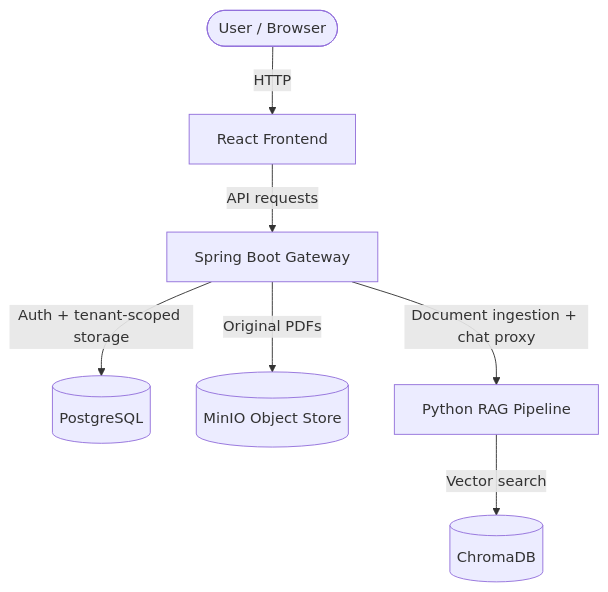
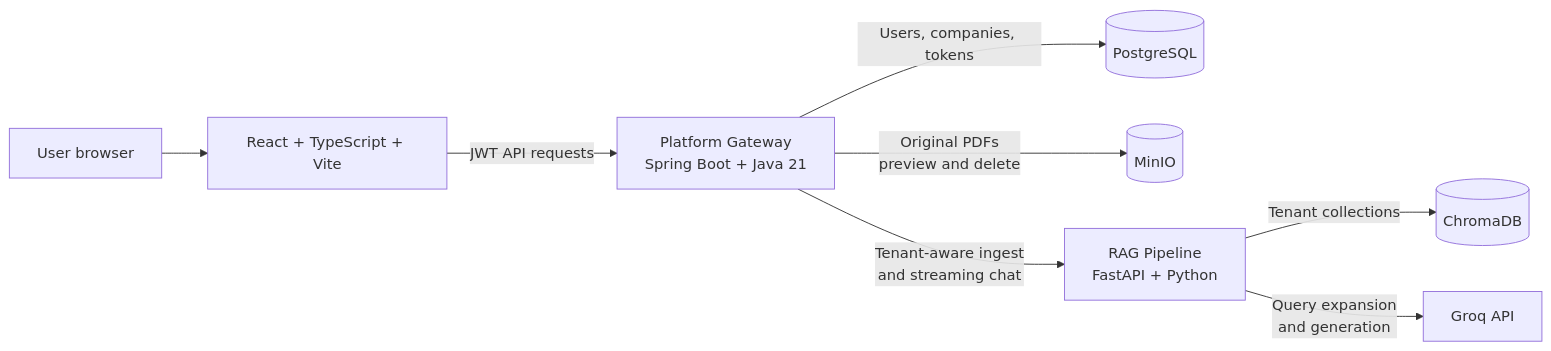
One commit to eayzaid/DokuMind changed the first of 2 diagrams in README.md. Above: the diagram before and after it, drawn with Mermaid. The commit also changed other lines of this file and 3 other files, not shown here.

````diff
--- a/README.md
+++ b/README.md
@@ -7,9 +80,10 @@
 ```mermaid
-graph TD
-    User([User / Browser]) -->|HTTP| FE[React Frontend]
-    FE -->|API requests| GW[Spring Boot Gateway]
-    GW -->|Auth + tenant-scoped storage| PG[(PostgreSQL)]
-    GW -->|Original PDFs| MinIO[(MinIO Object Store)]
-    GW -->|Document ingestion + chat proxy| RAG[Python RAG Pipeline]
-    RAG -->|Vector search| Chroma[(ChromaDB)]
+flowchart LR
+    Browser[User browser] --> Frontend[React + TypeScript + Vite]
+    Frontend -->|JWT API requests| Gateway[Platform Gateway<br/>Spring Boot + Java 21]
+    Gateway -->|Users, companies, tokens| Postgres[(PostgreSQL)]
+    Gateway -->|Original PDFs<br/>preview and delete| Minio[(MinIO)]
+    Gateway -->|Tenant-aware ingest<br/>and streaming chat| RAG[RAG Pipeline<br/>FastAPI + Python]
+    RAG -->|Tenant collections| Chroma[(ChromaDB)]
+    RAG -->|Query expansion<br/>and generation| Groq[Groq API]
 ```
````
